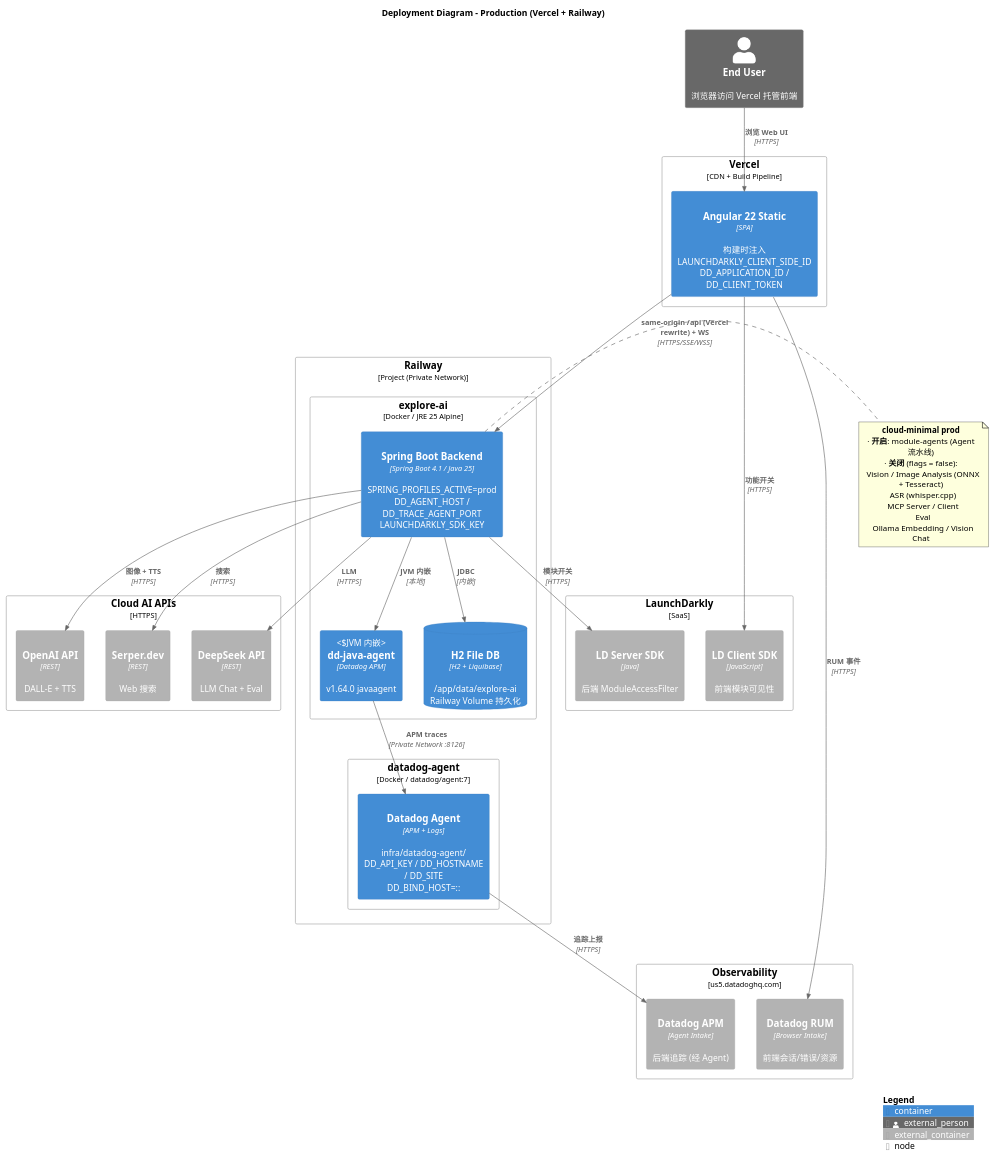
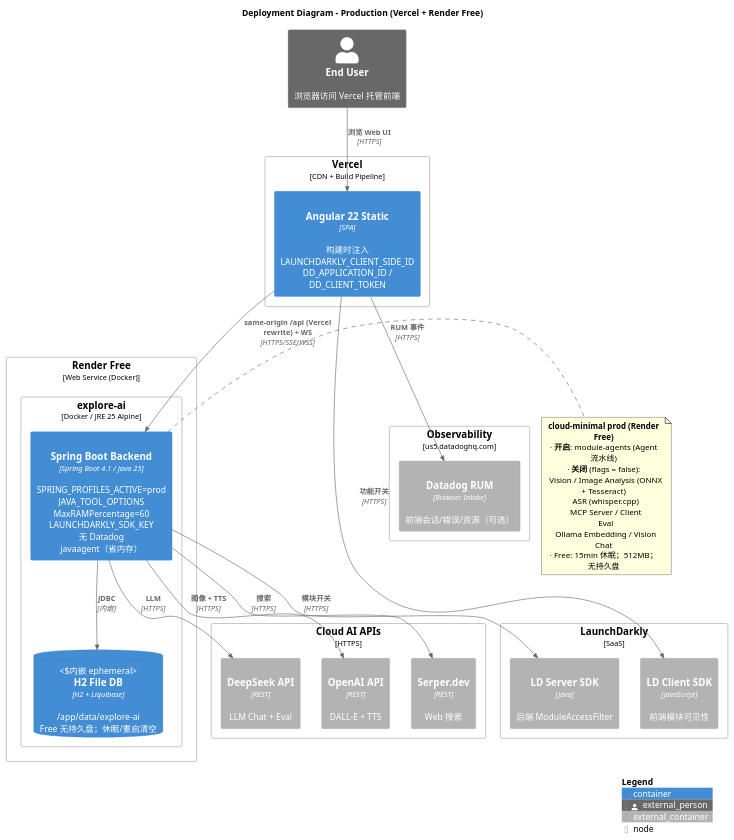
One commit to felixzhu97/explore-ai changed the diagram in docs/developer/c4-model/C4-Deployment-Production.puml. Above: the diagram before and after it, drawn with PlantUML. The commit also changed 7 other files, not shown here.

First line of the commit message:
chore: migrate production backend to Render Free

```diff
--- a/docs/developer/c4-model/C4-Deployment-Production.puml
+++ b/docs/developer/c4-model/C4-Deployment-Production.puml
@@ -1,71 +1,64 @@
 @startuml C4-Deployment-Production
 !include https://raw.githubusercontent.com/plantuml-stdlib/C4-PlantUML/master/C4_Deployment.puml
 
 LAYOUT_WITH_LEGEND()
 
-title Deployment Diagram - Production (Vercel + Railway)
+title Deployment Diagram - Production (Vercel + Render Free)
 
 Person_Ext(user, "End User", "浏览器访问 Vercel 托管前端")
 
 Deployment_Node(vercel, "Vercel", "CDN + Build Pipeline") {
     Container(angular_static, "Angular 22 Static", "SPA", "构建时注入\nLAUNCHDARKLY_CLIENT_SIDE_ID\nDD_APPLICATION_ID / DD_CLIENT_TOKEN", "HTTPS")
 }
 
-Deployment_Node(railway, "Railway", "Project (Private Network)") {
+Deployment_Node(render, "Render Free", "Web Service (Docker)") {
     Deployment_Node(explore_ai_svc, "explore-ai", "Docker / JRE 25 Alpine") {
-        Container(backend, "Spring Boot Backend", "Spring Boot 4.1 / Java 25", "SPRING_PROFILES_ACTIVE=prod\nDD_AGENT_HOST / DD_TRACE_AGENT_PORT\nLAUNCHDARKLY_SDK_KEY", "8080")
-        Container(dd_javaagent, "dd-java-agent", "Datadog APM", "v1.64.0 javaagent", "JVM 内嵌")
-        ContainerDb(h2_volume, "H2 File DB", "H2 + Liquibase", "/app/data/explore-ai\nRailway Volume 持久化", "内嵌")
-    }
-    Deployment_Node(datadog_agent_svc, "datadog-agent", "Docker / datadog/agent:7") {
-        Container(dd_agent, "Datadog Agent", "APM + Logs", "infra/datadog-agent/\nDD_API_KEY / DD_HOSTNAME / DD_SITE\nDD_BIND_HOST=::", "8126")
+        Container(backend, "Spring Boot Backend", "Spring Boot 4.1 / Java 25", "SPRING_PROFILES_ACTIVE=prod\nJAVA_TOOL_OPTIONS MaxRAMPercentage=60\nLAUNCHDARKLY_SDK_KEY\n无 Datadog javaagent（省内存）", "8080")
+        ContainerDb(h2_ephemeral, "H2 File DB", "H2 + Liquibase", "/app/data/explore-ai\nFree 无持久盘；休眠/重启清空", "内嵌 ephemeral")
     }
 }
 
 Deployment_Node(observability, "Observability", "us5.datadoghq.com") {
-    Container_Ext(datadog_rum, "Datadog RUM", "Browser Intake", "前端会话/错误/资源", "HTTPS")
-    Container_Ext(datadog_apm, "Datadog APM", "Agent Intake", "后端追踪 (经 Agent)", "HTTPS")
+    Container_Ext(datadog_rum, "Datadog RUM", "Browser Intake", "前端会话/错误/资源（可选）", "HTTPS")
 }
 
 Deployment_Node(feature_flags, "LaunchDarkly", "SaaS") {
     Container_Ext(ld_client, "LD Client SDK", "JavaScript", "前端模块可见性", "HTTPS")
     Container_Ext(ld_server, "LD Server SDK", "Java", "后端 ModuleAccessFilter", "HTTPS")
 }
 
 Deployment_Node(cloud_ai, "Cloud AI APIs", "HTTPS") {
     Container_Ext(deepseek_api, "DeepSeek API", "REST", "LLM Chat + Eval", "HTTPS")
     Container_Ext(openai_api, "OpenAI API", "REST", "DALL-E + TTS", "HTTPS")
     Container_Ext(serper_api, "Serper.dev", "REST", "Web 搜索", "HTTPS")
 }
 
 ' ============================================================
 ' RELATIONSHIPS
 ' ============================================================
 Rel(user, angular_static, "浏览 Web UI", "HTTPS")
 Rel(angular_static, backend, "same-origin /api (Vercel rewrite) + WS", "HTTPS/SSE/WSS")
 Rel(angular_static, datadog_rum, "RUM 事件", "HTTPS")
 Rel(angular_static, ld_client, "功能开关", "HTTPS")
 
-Rel(backend, h2_volume, "JDBC", "内嵌")
-Rel(backend, dd_javaagent, "JVM 内嵌", "本地")
-Rel(dd_javaagent, dd_agent, "APM traces", "Private Network :8126")
-Rel(dd_agent, datadog_apm, "追踪上报", "HTTPS")
+Rel(backend, h2_ephemeral, "JDBC", "内嵌")
 Rel(backend, ld_server, "模块开关", "HTTPS")
 
 Rel(backend, deepseek_api, "LLM", "HTTPS")
 Rel(backend, openai_api, "图像 + TTS", "HTTPS")
 Rel(backend, serper_api, "搜索", "HTTPS")
 
 note right of backend
-  **cloud-minimal prod**
+  **cloud-minimal prod (Render Free)**
   · **开启**: module-agents (Agent 流水线)
   · **关闭** (flags = false):
     Vision / Image Analysis (ONNX + Tesseract)
     ASR (whisper.cpp)
     MCP Server / Client
     Eval
     Ollama Embedding / Vision Chat
+  · Free: 15min 休眠；512MB；无持久盘
 end note
 
 SHOW_LEGEND()
 @enduml
```
